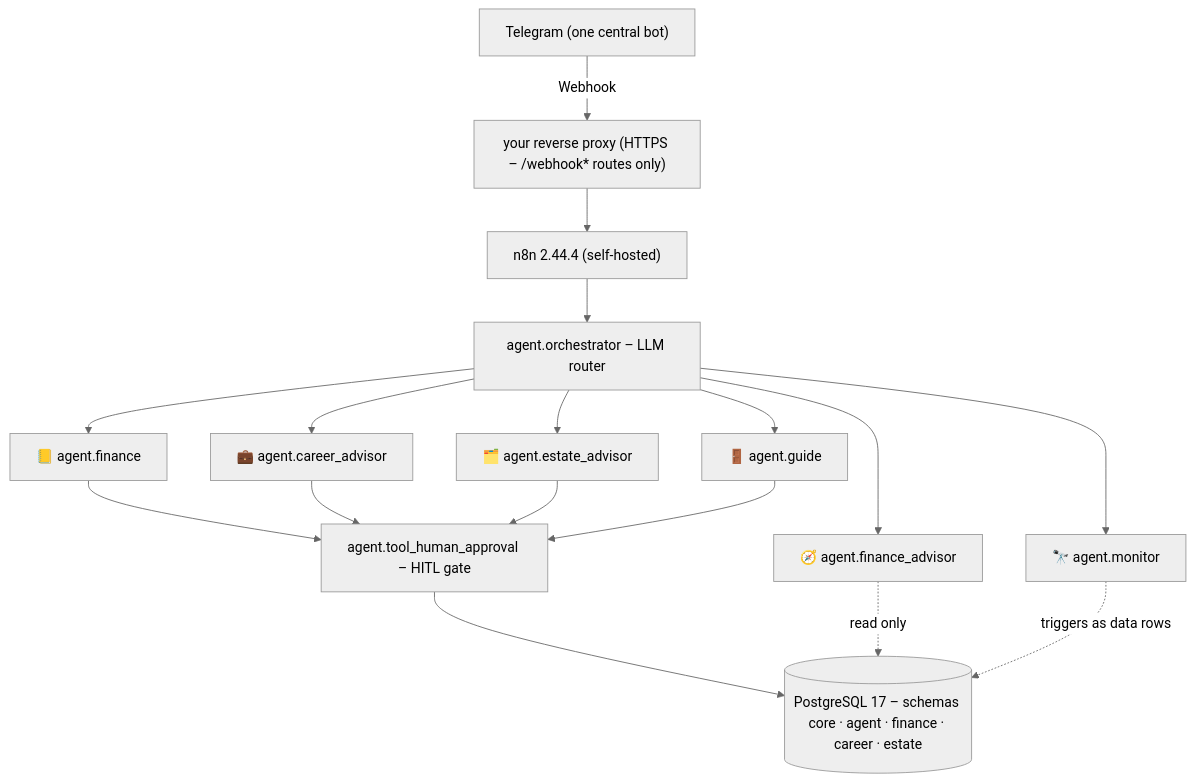
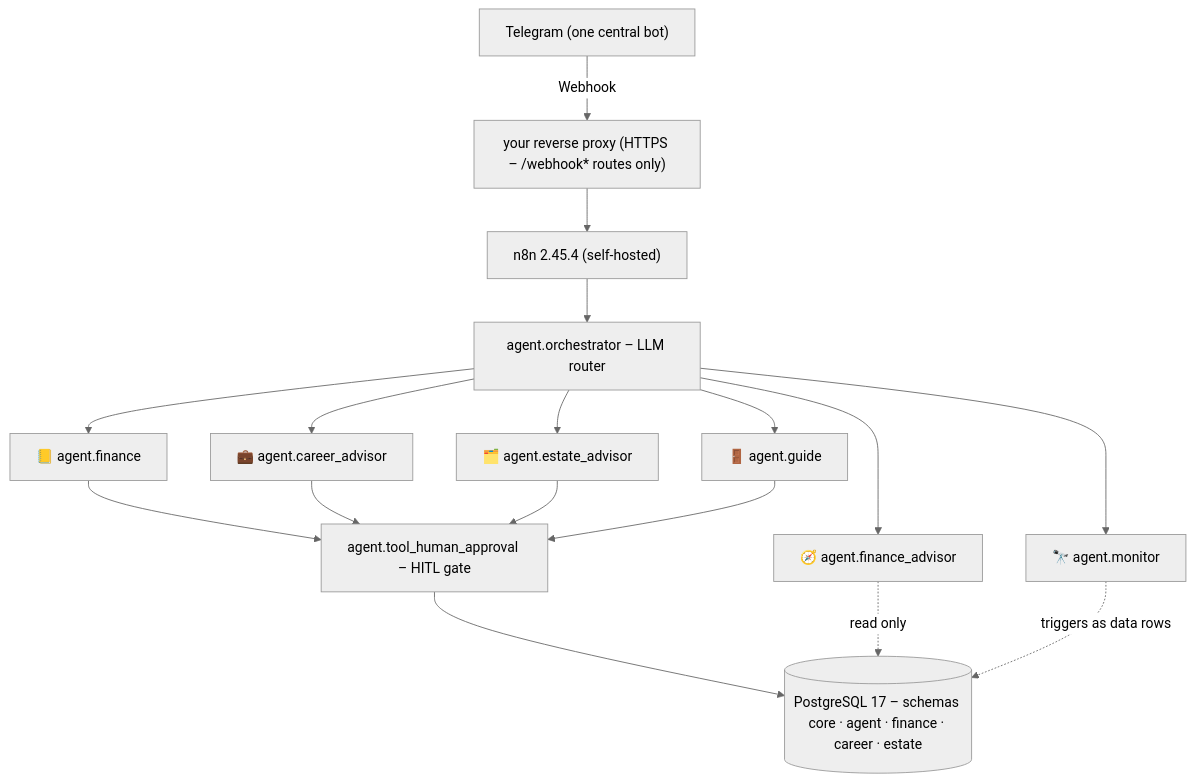
Before and after one commit to DennisBaerlin/n8n-life-agents: the diagram in README.md, drawn with Mermaid (neutral theme). The commit also changed other lines of this file and 34 other files, not shown here.

````diff
--- a/README.md
+++ b/README.md
@@ -135,19 +135,19 @@
 ```mermaid
 flowchart TD
     TG["Telegram (one central bot)"] -->|Webhook| RP["your reverse proxy (HTTPS – /webhook* routes only)"]
-    RP --> N8N["n8n 2.44.4 (self-hosted)"]
+    RP --> N8N["n8n 2.45.4 (self-hosted)"]
     N8N --> ORCH["agent.orchestrator – LLM router"]
     ORCH --> FIN["📒 agent.finance"]
     ORCH --> ADV["🧭 agent.finance_advisor"]
     ORCH --> MON["🔭 agent.monitor"]
     ORCH --> GUI["🚪 agent.guide"]
     ORCH --> CAR["💼 agent.career_advisor"]
     ORCH --> EST["🗂️ agent.estate_advisor"]
     FIN --> GATE["agent.tool_human_approval – HITL gate"]
     CAR --> GATE
     EST --> GATE
     GATE --> PG[("PostgreSQL 17 – schemas core · agent · finance · career · estate")]
     ADV -. read only .-> PG
     MON -. triggers as data rows .-> PG
     GUI --> GATE
 ```
````
